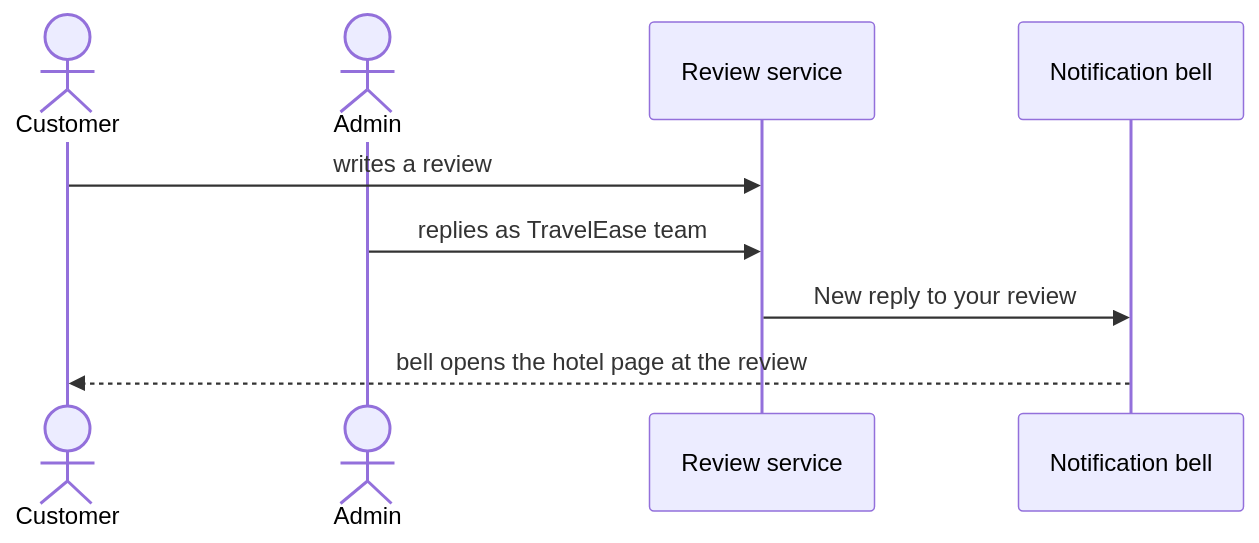
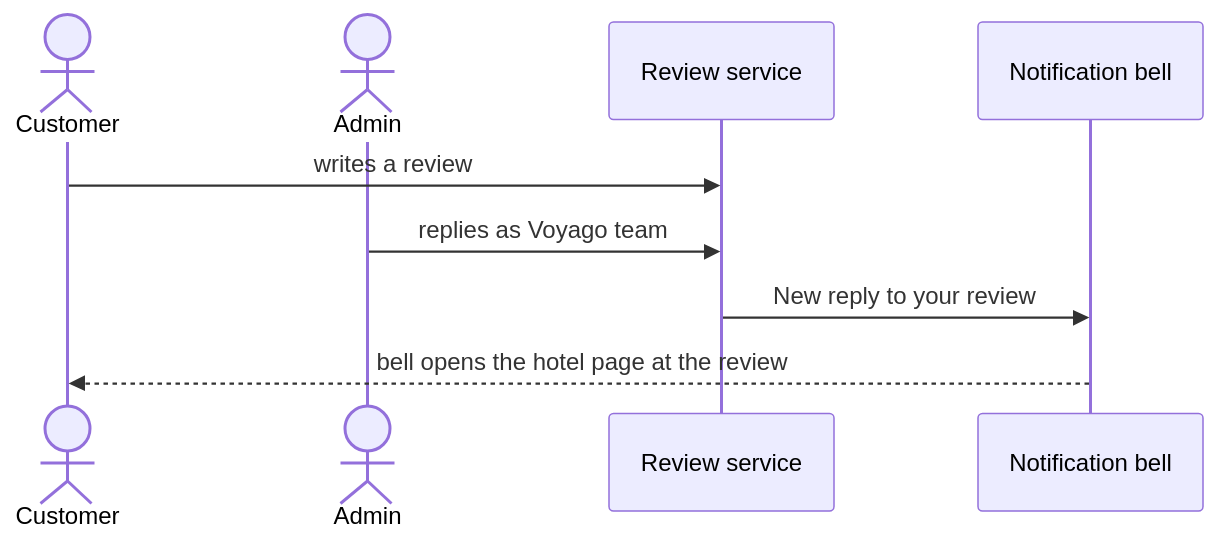
One commit to PawanBhandari03/MakeMyTrip changed the third of 3 diagrams in docs/TASK-4-REVIEWS-RATINGS.md. Above: the diagram before and after it, drawn with Mermaid. The commit also changed 4 other files, not shown here.

````diff
--- a/docs/TASK-4-REVIEWS-RATINGS.md
+++ b/docs/TASK-4-REVIEWS-RATINGS.md
@@ -50,12 +50,12 @@
 ```mermaid
 sequenceDiagram
     actor U as Customer
     actor A as Admin
     participant S as Review service
     participant N as Notification bell
 
     U->>S: writes a review
-    A->>S: replies as TravelEase team
+    A->>S: replies as Voyago team
     S->>N: New reply to your review
     N-->>U: bell opens the hotel page at the review
 ```
````
